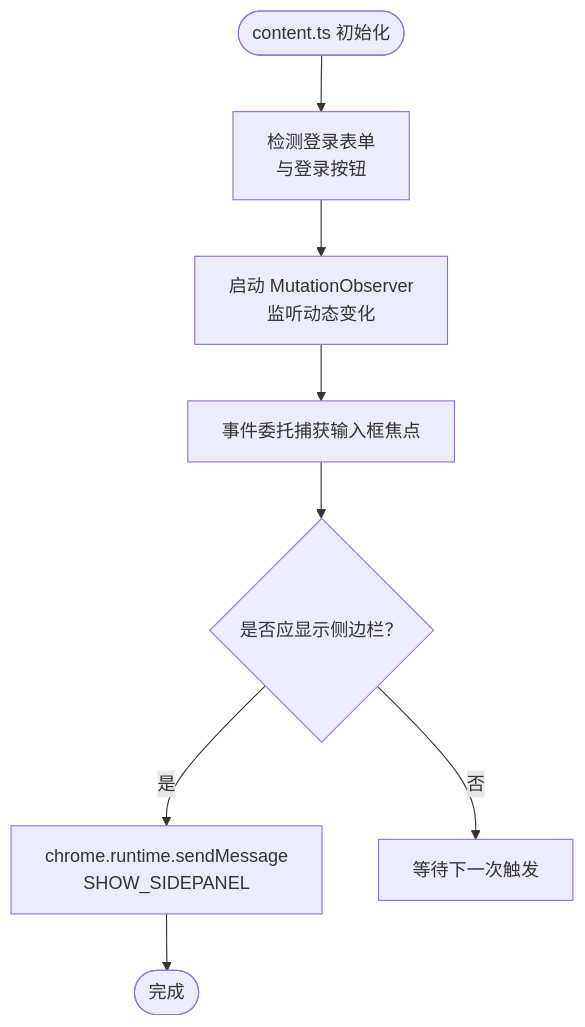
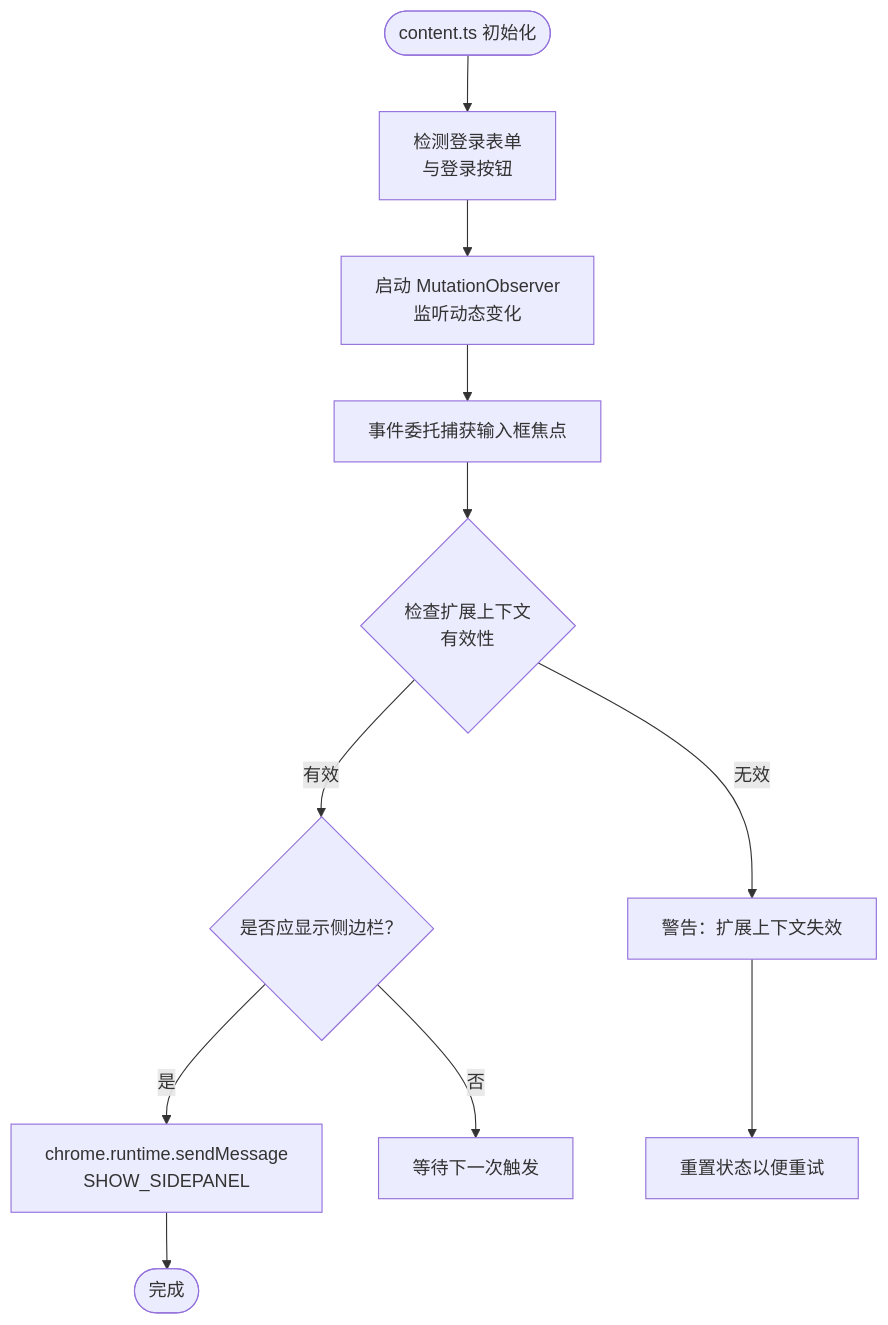
One commit to liaolongdong/account-password-helper changed the fourth of 7 diagrams in .qoder/repowiki/zh/content/架构设计/扩展入口点架构.md. Above: the diagram before and after it, drawn with Mermaid. The commit also changed other lines of this file and 23 other files, not shown here.

````diff
--- a/.qoder/repowiki/zh/content/架构设计/扩展入口点架构.md
+++ b/.qoder/repowiki/zh/content/架构设计/扩展入口点架构.md
@@ -191,10 +213,13 @@
 ```mermaid
 flowchart TD
 Start(["content.ts 初始化"]) --> Detect["检测登录表单<br/>与登录按钮"]
 Detect --> Observe["启动 MutationObserver<br/>监听动态变化"]
 Observe --> Focus["事件委托捕获输入框焦点"]
-Focus --> ShouldShow{"是否应显示侧边栏？"}
+Focus --> ContextCheck{"检查扩展上下文<br/>有效性"}
+ContextCheck --> |有效| ShouldShow{"是否应显示侧边栏？"}
+ContextCheck --> |无效| Warn["警告：扩展上下文失效"]
 ShouldShow --> |是| SendMsg["chrome.runtime.sendMessage<br/>SHOW_SIDEPANEL"]
 ShouldShow --> |否| Wait["等待下一次触发"]
 SendMsg --> End(["完成"])
+Warn --> ResetState["重置状态以便重试"]
 ```
````
